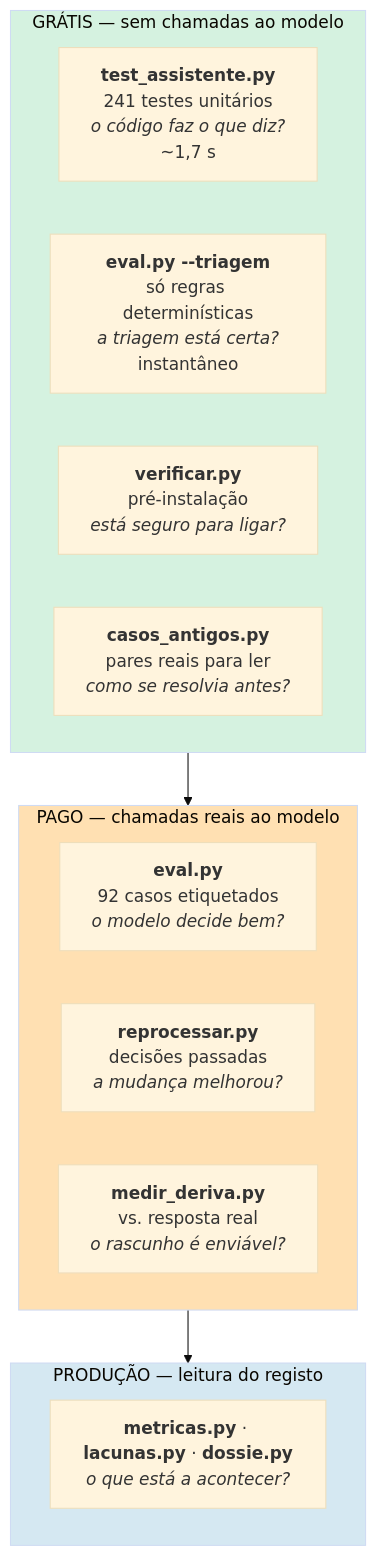
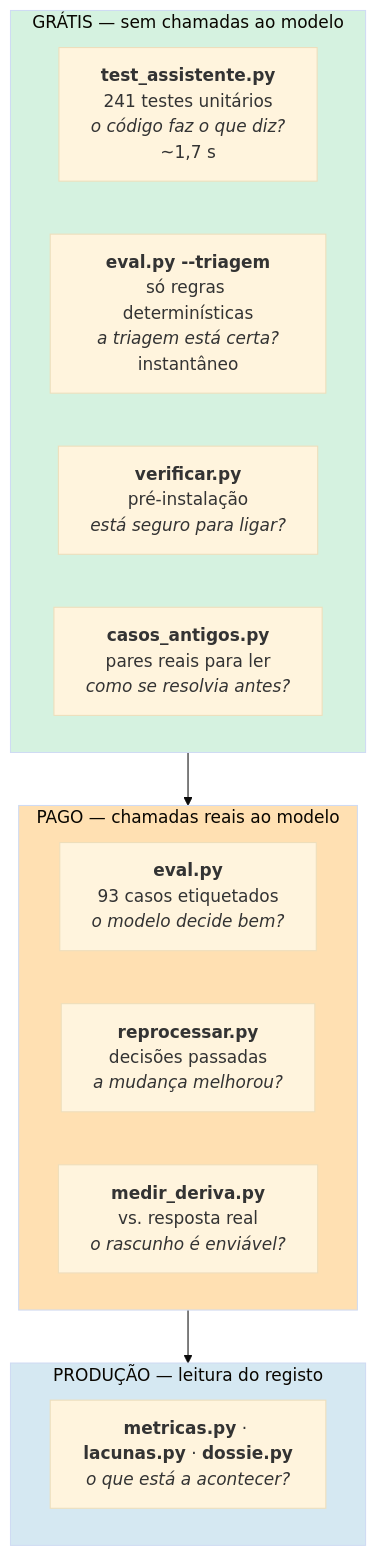
The first of 3 diagrams in docs/05-reliability/qa.md (joaocarvalhini/Outlook-Reply-Assistant), drawn with Mermaid (base theme) before and after one commit. The commit also changed other lines of this file and 8 other files, not shown here.

````diff
--- a/docs/05-reliability/qa.md
+++ b/docs/05-reliability/qa.md
@@ -19,22 +19,22 @@
 ```mermaid
 flowchart TB
     subgraph G["GRÁTIS — sem chamadas ao modelo"]
         T1["<b>test_assistente.py</b><br/>241 testes unitários<br/><i>o código faz o que diz?</i><br/>~1,7 s"]
         T2["<b>eval.py --triagem</b><br/>só regras determinísticas<br/><i>a triagem está certa?</i><br/>instantâneo"]
         T3["<b>verificar.py</b><br/>pré-instalação<br/><i>está seguro para ligar?</i>"]
         T4["<b>casos_antigos.py</b><br/>pares reais para ler<br/><i>como se resolvia antes?</i>"]
     end
     subgraph P["PAGO — chamadas reais ao modelo"]
-        T5["<b>eval.py</b><br/>92 casos etiquetados<br/><i>o modelo decide bem?</i>"]
+        T5["<b>eval.py</b><br/>93 casos etiquetados<br/><i>o modelo decide bem?</i>"]
         T6["<b>reprocessar.py</b><br/>decisões passadas<br/><i>a mudança melhorou?</i>"]
         T7["<b>medir_deriva.py</b><br/>vs. resposta real<br/><i>o rascunho é enviável?</i>"]
     end
     subgraph PR["PRODUÇÃO — leitura do registo"]
         T8["<b>metricas.py</b> · <b>lacunas.py</b> · <b>dossie.py</b><br/><i>o que está a acontecer?</i>"]
     end
 
     G --> P --> PR
     style G fill:#d5f2e0
     style P fill:#ffe0b2
     style PR fill:#d5e8f2
 ```
````
